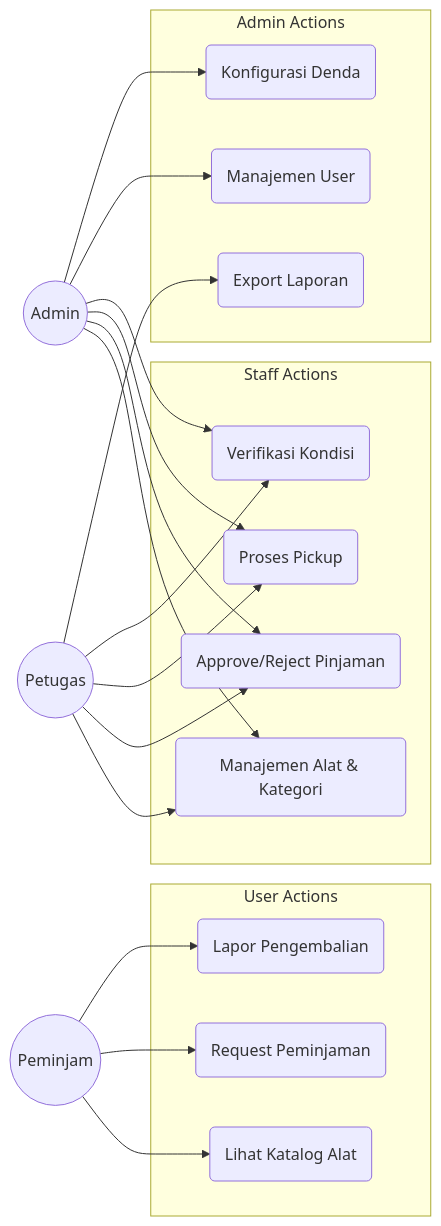
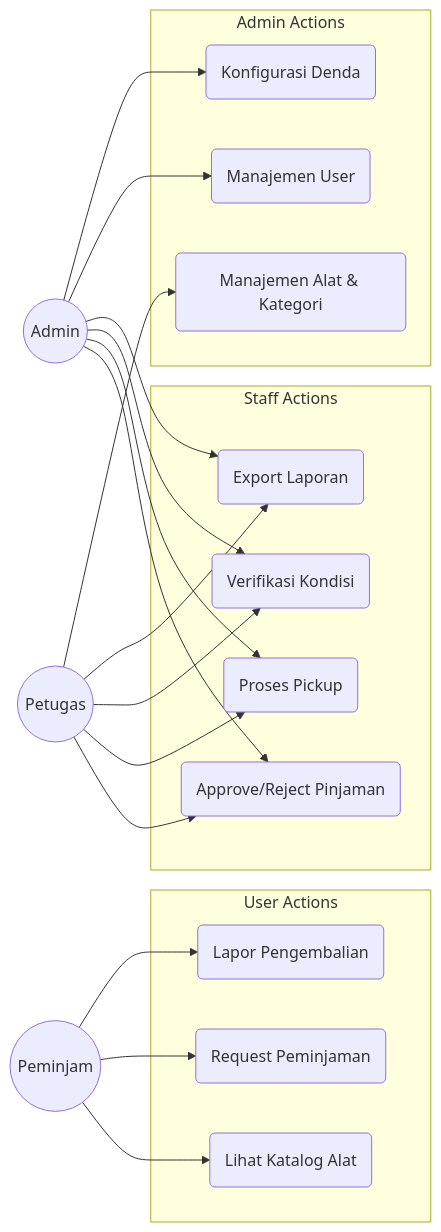
One commit to Vrdeyy/spk1 changed the second of 2 diagrams in README.md. Above: the diagram before and after it, drawn with Mermaid.

````diff
--- a/README.md
+++ b/README.md
@@ -67,42 +67,42 @@
 ```mermaid
 flowchart LR
     Peminjam((Peminjam))
     Petugas((Petugas))
     Admin((Admin))
 
     subgraph User_Actions [User Actions]
         P1(Lihat Katalog Alat)
         P2(Request Peminjaman)
         P3(Lapor Pengembalian)
     end
 
     subgraph Staff_Actions [Staff Actions]
-        S1(Manajemen Alat & Kategori)
-        S2(Approve/Reject Pinjaman)
-        S3(Proses Pickup)
-        S4(Verifikasi Kondisi)
+        S1(Approve/Reject Pinjaman)
+        S2(Proses Pickup)
+        S3(Verifikasi Kondisi)
+        S4(Export Laporan)
     end
 
     subgraph Admin_Actions [Admin Actions]
         A1(Manajemen User)
         A2(Konfigurasi Denda)
-        A3(Export Laporan)
+        A3(Manajemen Alat & Kategori)
     end
 
     Peminjam --> P1
     Peminjam --> P2
     Peminjam --> P3
 
     Petugas --> S1
     Petugas --> S2
     Petugas --> S3
     Petugas --> S4
     Petugas --> A3
 
     Admin --> S1
     Admin --> S2
     Admin --> S3
     Admin --> S4
     Admin --> A1
     Admin --> A2
 ```
````
